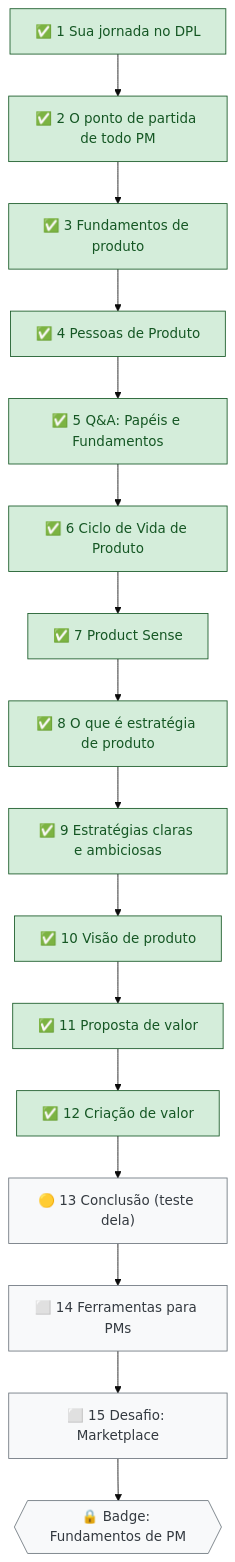
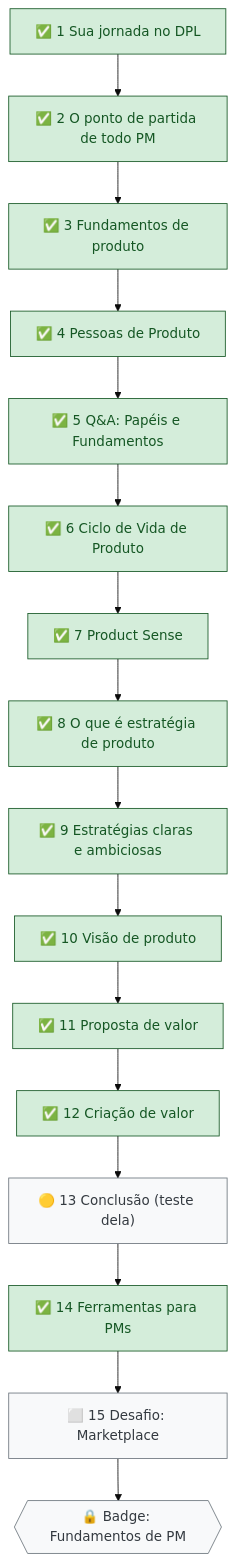
The second of 2 diagrams in mapa-de-estudos.md (letsprown-code/po-learning-journal), drawn with Mermaid (base theme) before and after one commit. The commit also changed other lines of this file and 3 other files, not shown here.

First line of the commit message:
DPL 01 aula 14: Ferramentas para PMs (nota, glossário, mapa)

```diff
--- a/mapa-de-estudos.md
+++ b/mapa-de-estudos.md
@@ -42,13 +42,13 @@
 ~~~mermaid
 flowchart TD
     L1["✅ 1 Sua jornada no DPL"] --> L2["✅ 2 O ponto de partida de todo PM"] --> L3["✅ 3 Fundamentos de produto"]
     L3 --> L4["✅ 4 Pessoas de Produto"] --> L5["✅ 5 Q&A: Papéis e Fundamentos"] --> L6["✅ 6 Ciclo de Vida de Produto"]
     L6 --> L7["✅ 7 Product Sense"] --> L8["✅ 8 O que é estratégia de produto"] --> L9["✅ 9 Estratégias claras e ambiciosas"]
     L9 --> L10["✅ 10 Visão de produto"] --> L11["✅ 11 Proposta de valor"] --> L12["✅ 12 Criação de valor"]
-    L12 --> L13["🟡 13 Conclusão (teste dela)"] --> L14["⬜ 14 Ferramentas para PMs"] --> L15["⬜ 15 Desafio: Marketplace"]
+    L12 --> L13["🟡 13 Conclusão (teste dela)"] --> L14["✅ 14 Ferramentas para PMs"] --> L15["⬜ 15 Desafio: Marketplace"]
     L15 --> B{{"🔒 Badge: Fundamentos de PM"}}
     classDef done fill:#d4edda,stroke:#155724,color:#155724
     classDef todo fill:#f8f9fa,stroke:#6c757d,color:#343a40
-    class L1,L2,L3,L4,L5,L6,L7,L8,L9,L10,L11,L12 done
-    class L13,L14,L15,B todo
+    class L1,L2,L3,L4,L5,L6,L7,L8,L9,L10,L11,L12,L14 done
+    class L13,L15,B todo
 ~~~
```
